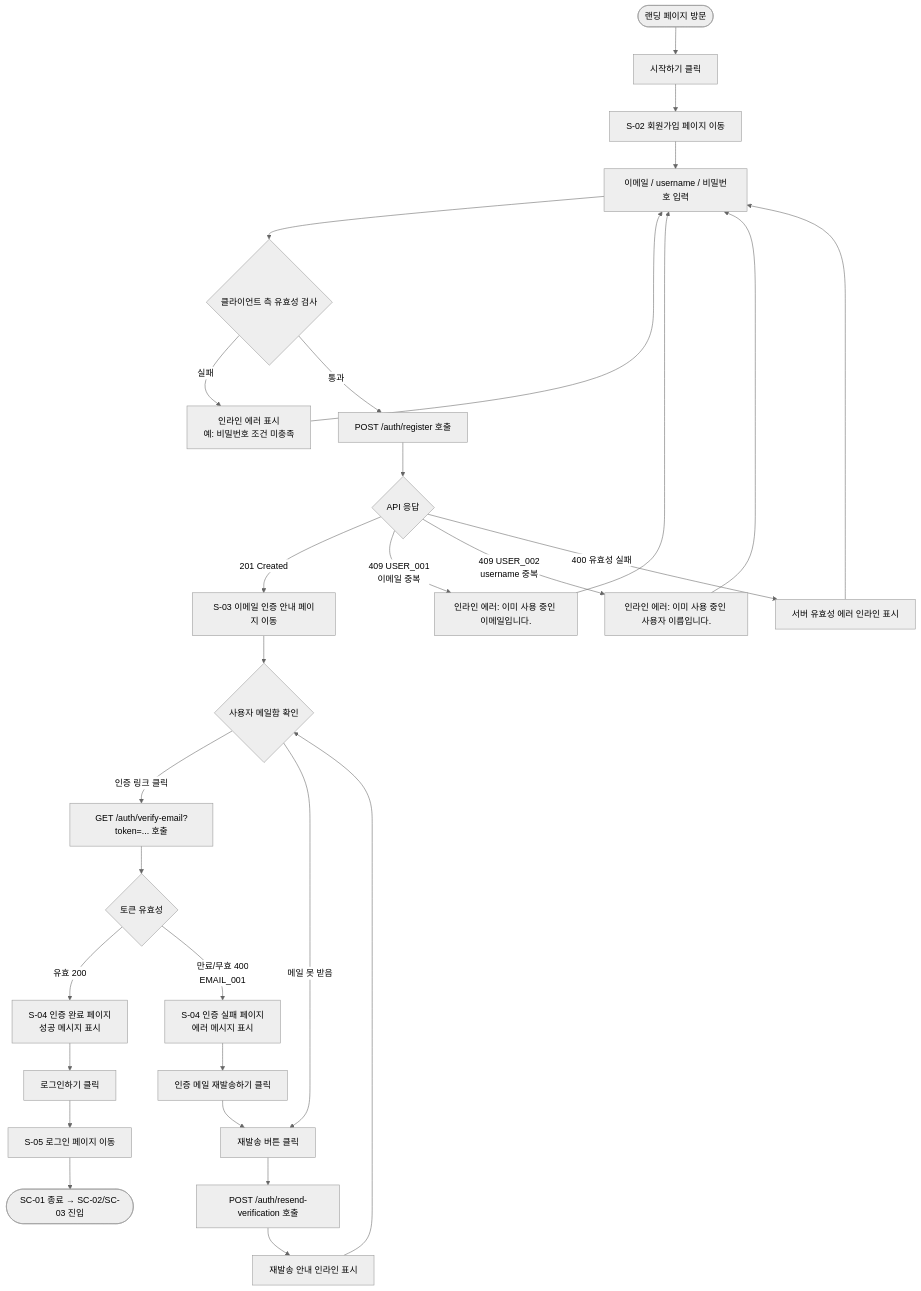
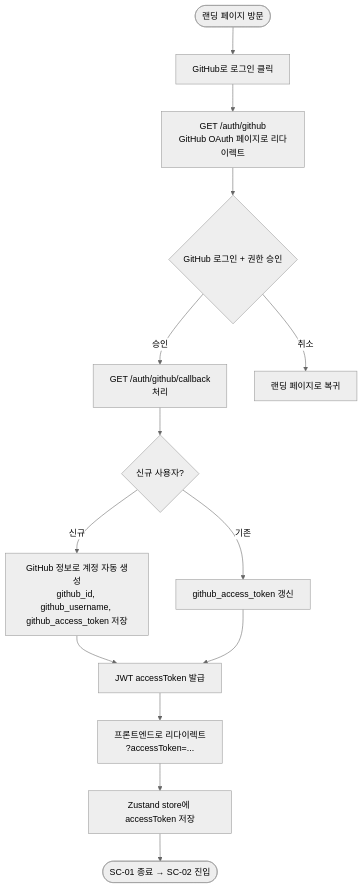
One commit to Gomdadi/mvp-builder changed the third of 7 diagrams in docs/user-flow.md. Above: the diagram before and after it, drawn with Mermaid (neutral theme). The commit also changed other lines of this file and 12 other files, not shown here.

````diff
--- a/docs/user-flow.md
+++ b/docs/user-flow.md
@@ -71,35 +66,17 @@
 ```mermaid
 flowchart TD
-    START([랜딩 페이지 방문]) --> A[시작하기 클릭]
-    A --> B[S-02 회원가입 페이지 이동]
-    B --> C[이메일 / username / 비밀번호 입력]
-    C --> D{클라이언트 측 유효성 검사}
-    D -->|실패| E[인라인 에러 표시\n예: 비밀번호 조건 미충족]
-    E --> C
-    D -->|통과| F[POST /auth/register 호출]
-    F --> G{API 응답}
-    G -->|201 Created| H[S-03 이메일 인증 안내 페이지 이동]
-    G -->|409 USER_001\n이메일 중복| I[인라인 에러: 이미 사용 중인 이메일입니다.]
-    I --> C
-    G -->|409 USER_002\nusername 중복| J[인라인 에러: 이미 사용 중인 사용자 이름입니다.]
-    J --> C
-    G -->|400 유효성 실패| K[서버 유효성 에러 인라인 표시]
-    K --> C
+    START([랜딩 페이지 방문]) --> A["GitHub로 로그인" 클릭]
+    A --> B[GET /auth/github\nGitHub OAuth 페이지로 리다이렉트]
+    B --> C{GitHub 로그인 + 권한 승인}
+    C -->|승인| D[GET /auth/github/callback\n처리]
+    C -->|취소| E[랜딩 페이지로 복귀]
 
-    H --> L{사용자 메일함 확인}
-    L -->|인증 링크 클릭| M[GET /auth/verify-email?token=... 호출]
-    L -->|메일 못 받음| N[재발송 버튼 클릭]
-    N --> O[POST /auth/resend-verification 호출]
-    O --> P[재발송 안내 인라인 표시]
-    P --> L
-
-    M --> Q{토큰 유효성}
-    Q -->|유효 200| R[S-04 인증 완료 페이지\n성공 메시지 표시]
-    Q -->|만료/무효 400\nEMAIL_001| S[S-04 인증 실패 페이지\n에러 메시지 표시]
-    S --> T[인증 메일 재발송하기 클릭]
-    T --> N
-
-    R --> U[로그인하기 클릭]
-    U --> V[S-05 로그인 페이지 이동]
-    V --> END([SC-01 종료 → SC-02/SC-03 진입])
+    D --> F{신규 사용자?}
+    F -->|신규| G[GitHub 정보로 계정 자동 생성\ngithub_id, github_username, github_access_token 저장]
+    F -->|기존| H[github_access_token 갱신]
+    G --> I[JWT accessToken 발급]
+    H --> I
+    I --> J[프론트엔드로 리다이렉트\n?accessToken=...]
+    J --> K[Zustand store에 accessToken 저장]
+    K --> END([SC-01 종료 → SC-02 진입])
 ```
````
